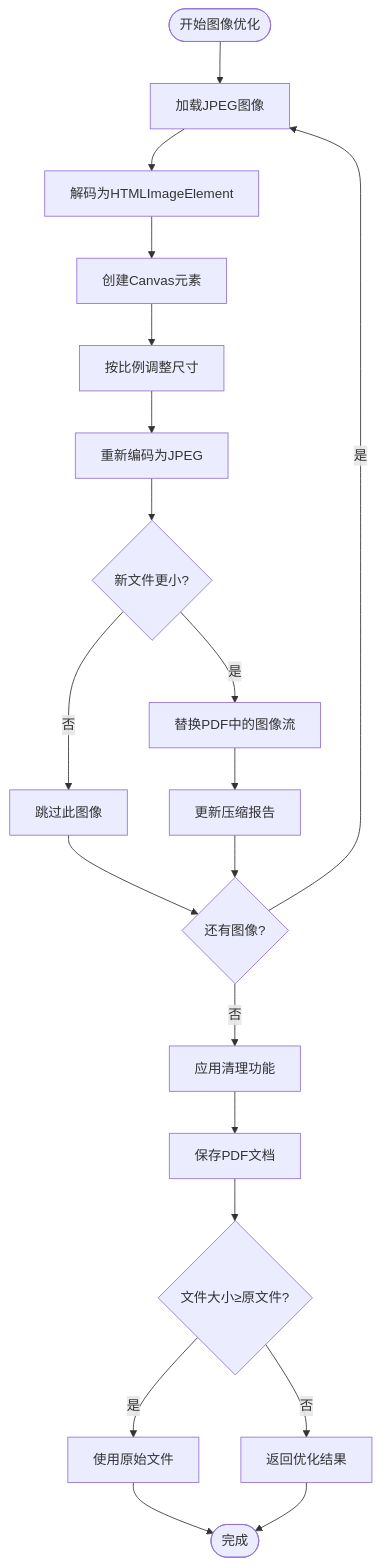
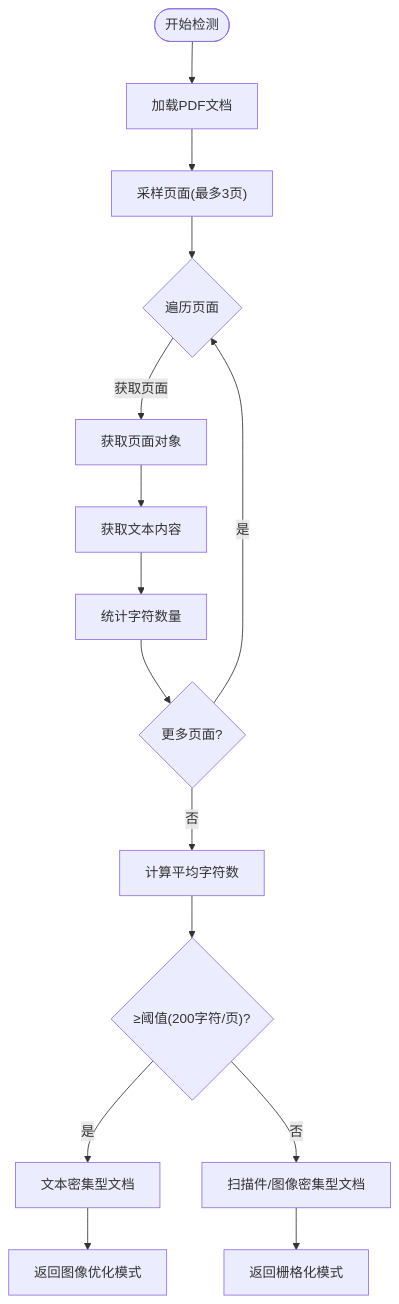
Before and after one commit to sgyy/privadeck: the fifth of 9 diagrams in .qoder/repowiki/zh/content/PDF工具/PDF压缩工具.md, drawn with Mermaid. The commit also changed other lines of this file and 48 other files, not shown here.

````diff
--- a/.qoder/repowiki/zh/content/PDF工具/PDF压缩工具.md
+++ b/.qoder/repowiki/zh/content/PDF工具/PDF压缩工具.md
@@ -250,22 +312,17 @@
 ```mermaid
 flowchart TD
-Start([开始图像优化]) --> LoadImage["加载JPEG图像"]
-LoadImage --> DecodeJpeg["解码为HTMLImageElement"]
-DecodeJpeg --> CreateCanvas["创建Canvas元素"]
-CreateCanvas --> ResizeImage["按比例调整尺寸"]
-ResizeImage --> Recompress["重新编码为JPEG"]
-Recompress --> CompareSize{"新文件更小?"}
-CompareSize --> |是| ReplaceStream["替换PDF中的图像流"]
-CompareSize --> |否| SkipImage["跳过此图像"]
-ReplaceStream --> UpdateReport["更新压缩报告"]
-SkipImage --> NextImage{"还有图像?"}
-UpdateReport --> NextImage
-NextImage --> |是| LoadImage
-NextImage --> |否| ApplyCleanup["应用清理功能"]
-ApplyCleanup --> SavePDF["保存PDF文档"]
-SavePDF --> CheckFallback{"文件大小≥原文件?"}
-CheckFallback --> |是| UseOriginal["使用原始文件"]
-CheckFallback --> |否| ReturnResult["返回优化结果"]
-UseOriginal --> End([完成])
-ReturnResult --> End
+Start([开始检测]) --> LoadPDF["加载PDF文档"]
+LoadPDF --> SamplePages["采样页面(最多3页)"]
+SamplePages --> LoopPages{"遍历页面"}
+LoopPages --> |获取页面| GetPage["获取页面对象"]
+GetPage --> GetTextContent["获取文本内容"]
+GetTextContent --> CountChars["统计字符数量"]
+CountChars --> NextPage{"更多页面?"}
+NextPage --> |是| LoopPages
+NextPage --> |否| CalcAvg["计算平均字符数"]
+CalcAvg --> Threshold{"≥阈值(200字符/页)?"}
+Threshold --> |是| TextHeavy["文本密集型文档"]
+Threshold --> |否| ScanLike["扫描件/图像密集型文档"]
+TextHeavy --> Return1["返回图像优化模式"]
+ScanLike --> Return2["返回栅格化模式"]
 ```
````
